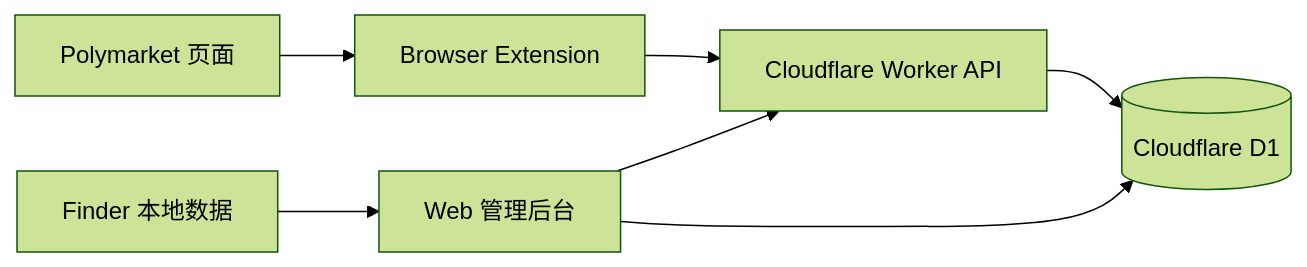
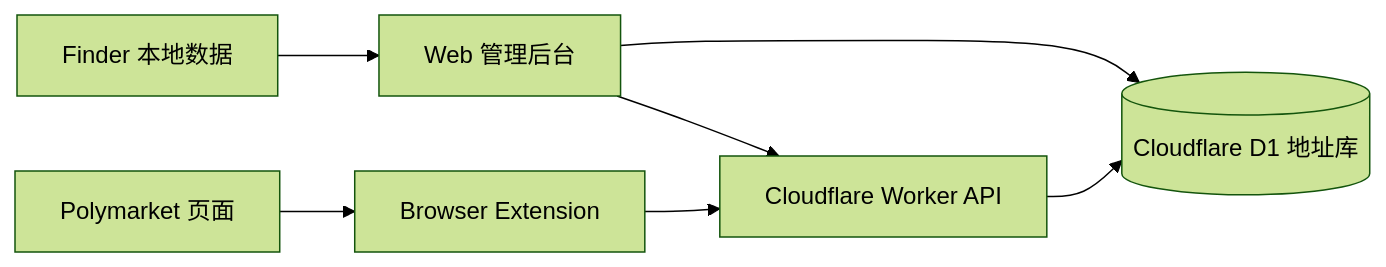
One commit to xxoo13149/smart-money-pro changed the diagram in README.md. Above: the diagram before and after it, drawn with Mermaid (forest theme). The commit also changed other lines of this file and 32 other files, not shown here.

````diff
--- a/README.md
+++ b/README.md
@@ -38,9 +42,9 @@
 ```mermaid
 flowchart LR
-  PM[Polymarket 页面] --> EXT[Browser Extension]
-  EXT --> WRK[Cloudflare Worker API]
-  WRK --> DB[(Cloudflare D1)]
-  ADM[Web 管理后台] --> DB
-  ADM --> WRK
-  FDR[Finder 本地数据] --> ADM
+  FDR["Finder 本地数据"] --> WEB["Web 管理后台"]
+  WEB --> D1[("Cloudflare D1 地址库")]
+  WEB --> WRK["Cloudflare Worker API"]
+  EXT["Browser Extension"] --> WRK
+  WRK --> D1
+  PM["Polymarket 页面"] --> EXT
 ```
````
